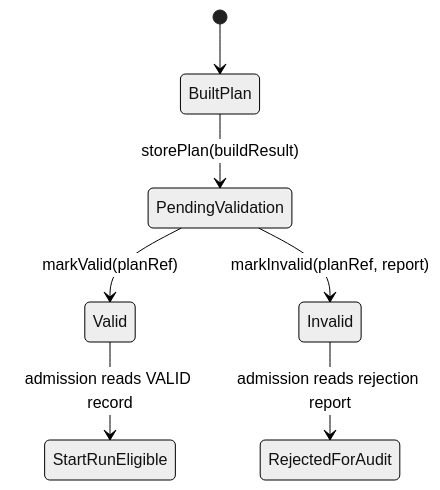
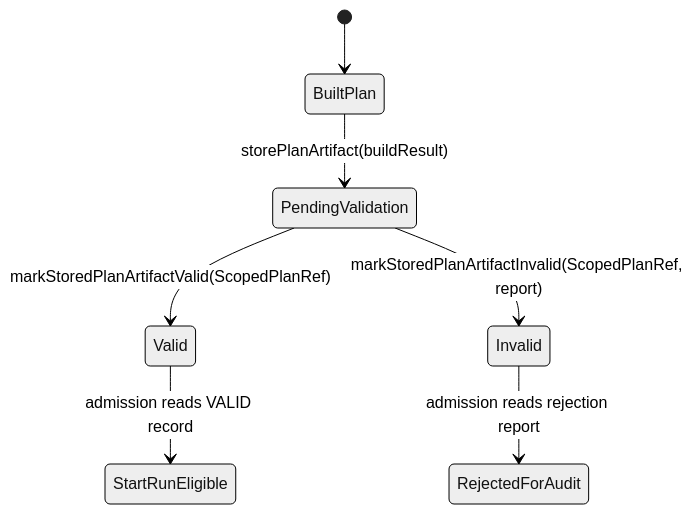
One commit to dunay2/dvt changed the third of 4 diagrams in docs/architecture/components/planner/planner-private-behavior-ports-component.md. Above: the diagram before and after it, drawn with Mermaid (neutral theme). The commit also changed other lines of this file and 32 other files, not shown here.

Commit message:
docs(docs): Document scoped plan-store ownership

````diff
--- a/docs/architecture/components/planner/planner-private-behavior-ports-component.md
+++ b/docs/architecture/components/planner/planner-private-behavior-ports-component.md
@@ -119,9 +107,9 @@
 ```mermaid
 stateDiagram-v2
   [*] --> BuiltPlan
-  BuiltPlan --> PendingValidation: storePlan(buildResult)
-  PendingValidation --> Valid: markValid(planRef)
-  PendingValidation --> Invalid: markInvalid(planRef, report)
+  BuiltPlan --> PendingValidation: storePlanArtifact(buildResult)
+  PendingValidation --> Valid: markStoredPlanArtifactValid(ScopedPlanRef)
+  PendingValidation --> Invalid: markStoredPlanArtifactInvalid(ScopedPlanRef, report)
   Valid --> StartRunEligible: admission reads VALID record
   Invalid --> RejectedForAudit: admission reads rejection report
 ```
````
